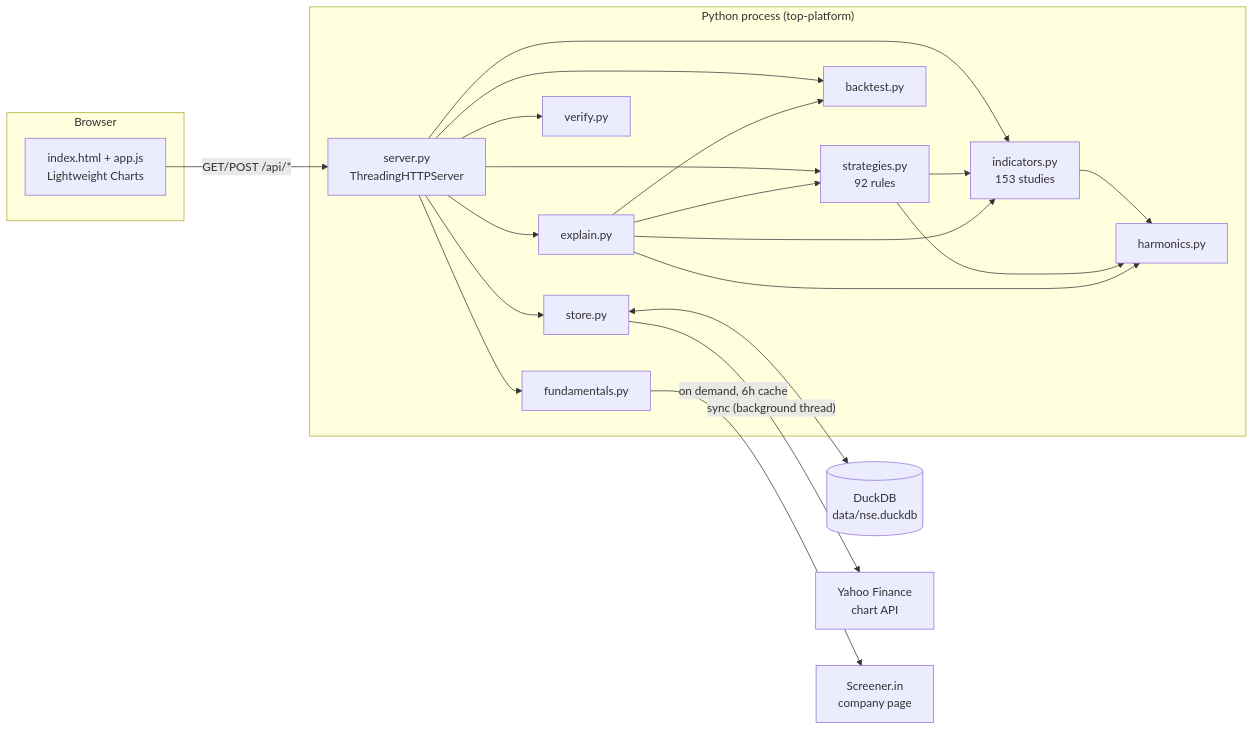
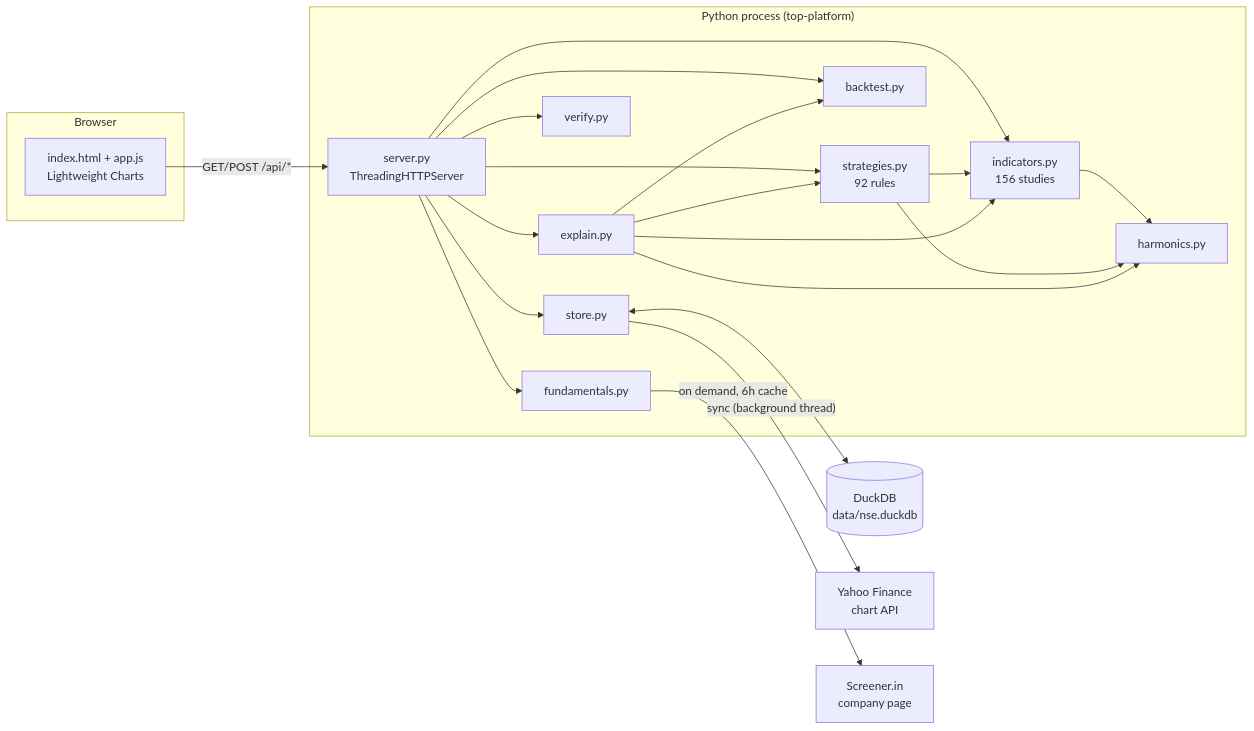
One commit to garv08/Trade-Observability-Platform changed the first of 3 diagrams in docs/design.md. Above: the diagram before and after it, drawn with Mermaid. The commit also changed other lines of this file and 20 other files, not shown here.

````diff
--- a/docs/design.md
+++ b/docs/design.md
@@ -28,31 +28,31 @@
 ```mermaid
 flowchart LR
   subgraph Browser
     UI["index.html + app.js<br/>Lightweight Charts"]
   end
   subgraph "Python process (top-platform)"
     S["server.py<br/>ThreadingHTTPServer"]
-    IND["indicators.py<br/>153 studies"]
+    IND["indicators.py<br/>156 studies"]
     STR["strategies.py<br/>92 rules"]
     BT["backtest.py"]
     HAR["harmonics.py"]
     EX["explain.py"]
     FUN["fundamentals.py"]
     VER["verify.py"]
     ST["store.py"]
   end
   DB[("DuckDB<br/>data/nse.duckdb")]
   Y["Yahoo Finance<br/>chart API"]
   SC["Screener.in<br/>company page"]
 
   UI -- "GET/POST /api/*" --> S
   S --> IND & STR & BT & EX & FUN & VER
   STR --> IND
   IND --> HAR
   STR --> HAR
   EX --> IND & STR & BT & HAR
   S --> ST
   ST <--> DB
   ST -- "sync (background thread)" --> Y
   FUN -- "on demand, 6h cache" --> SC
 ```
````
